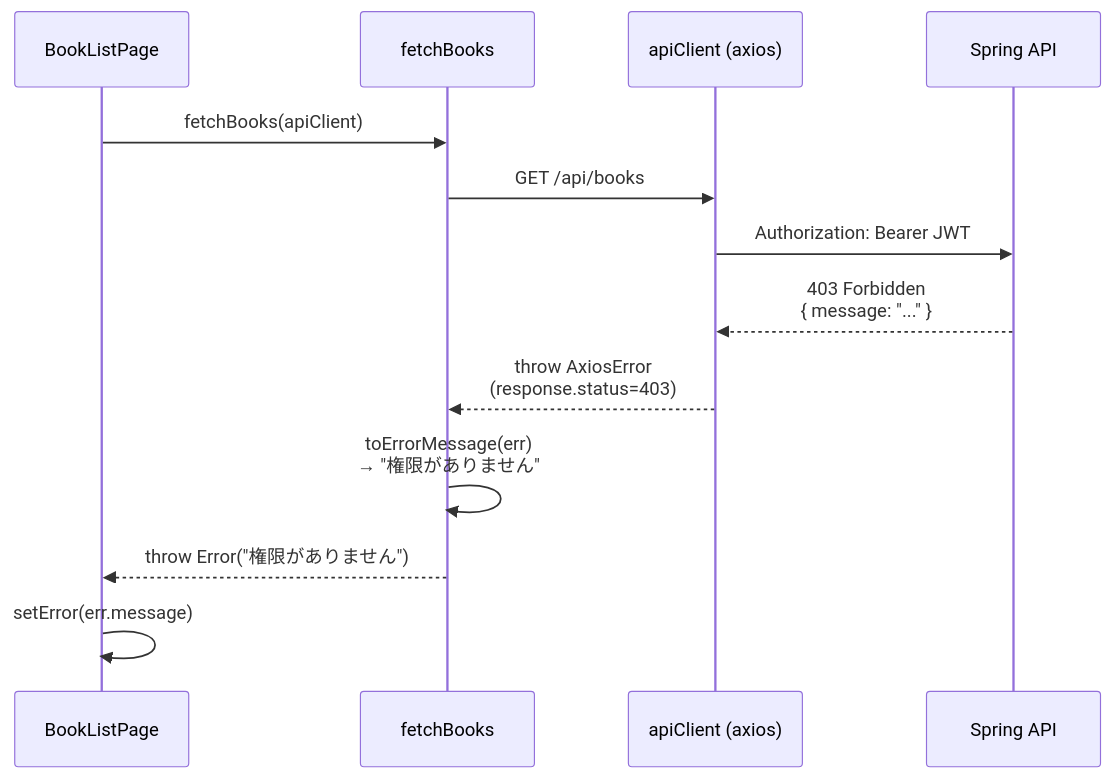
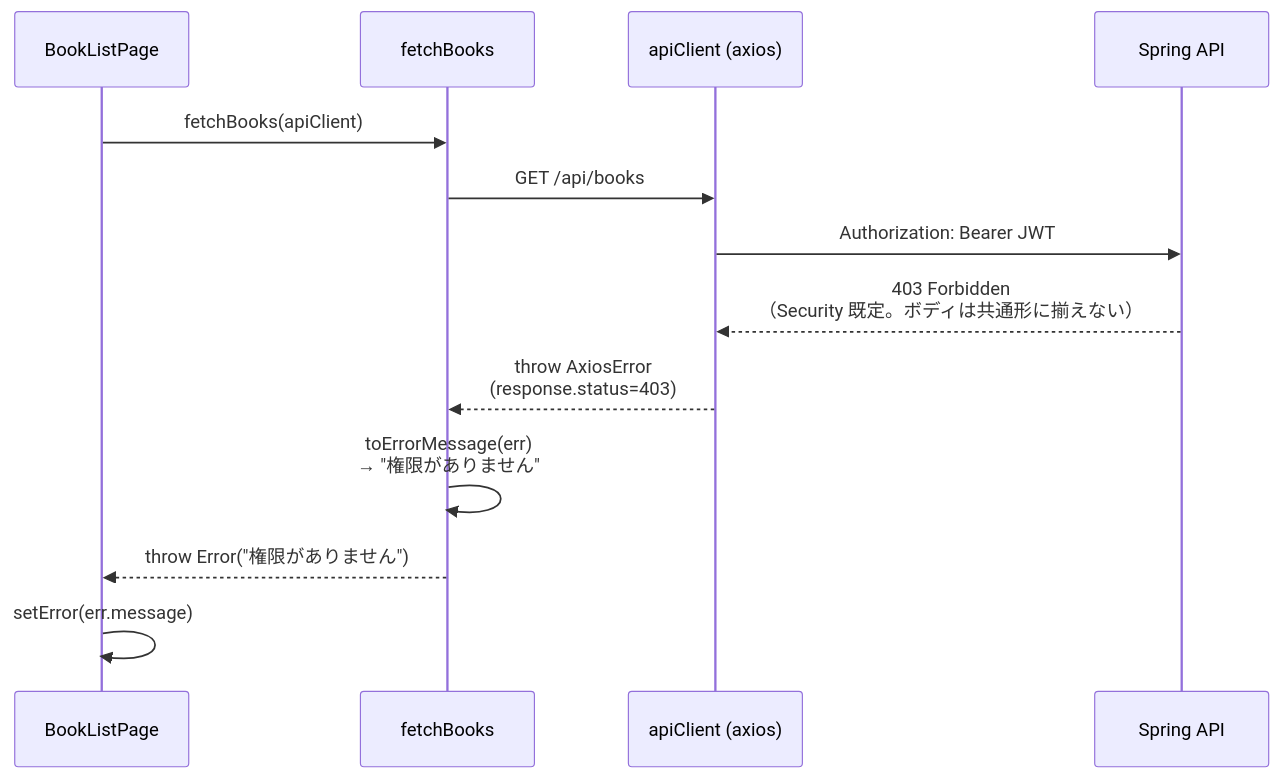
The fifth of 6 diagrams in docs/front-api-learning.md (muscat2356/Book-Collection-Manager), drawn with Mermaid before and after one commit. The commit also changed other lines of this file and 5 other files, not shown here.

````diff
--- a/docs/front-api-learning.md
+++ b/docs/front-api-learning.md
@@ -274,16 +274,16 @@
 ```mermaid
 sequenceDiagram
     participant Page as BookListPage
     participant Books as fetchBooks
     participant Client as apiClient (axios)
     participant API as Spring API
 
     Page->>Books: fetchBooks(apiClient)
     Books->>Client: GET /api/books
     Client->>API: Authorization: Bearer JWT
-    API-->>Client: 403 Forbidden<br/>{ message: "..." }
+    API-->>Client: 403 Forbidden<br/>（Security 既定。ボディは共通形に揃えない）
     Client-->>Books: throw AxiosError<br/>(response.status=403)
     Books->>Books: toErrorMessage(err)<br/>→ "権限がありません"
     Books-->>Page: throw Error("権限がありません")
     Page->>Page: setError(err.message)
 ```
````
